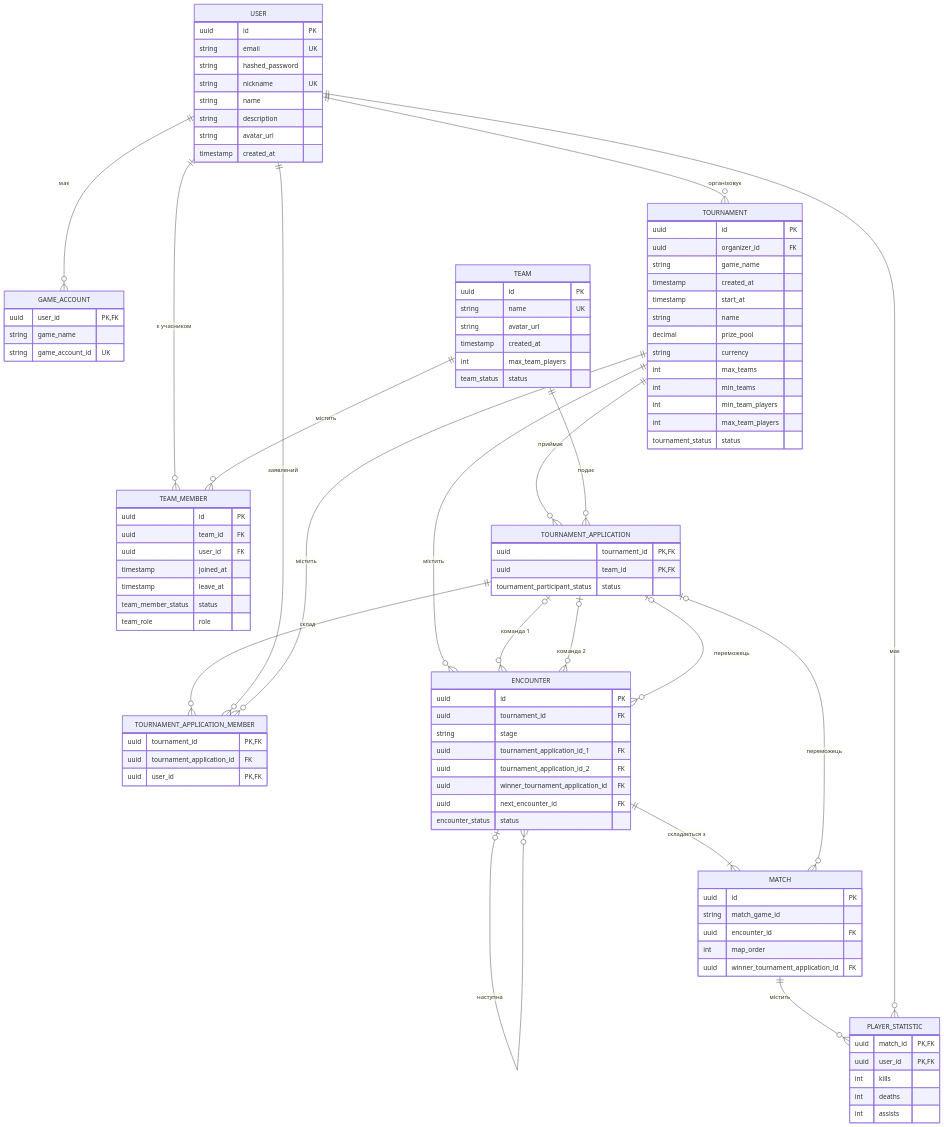
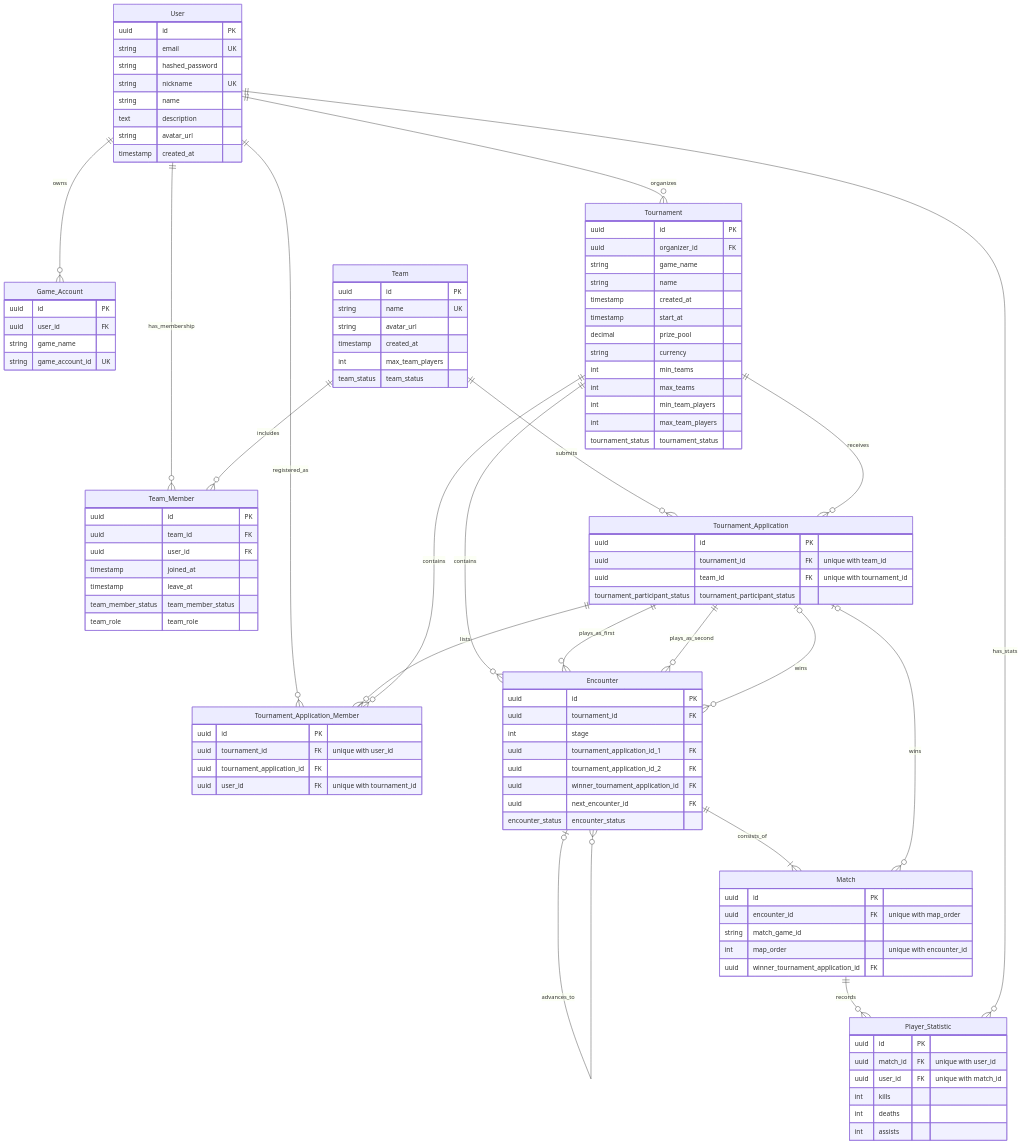
One commit to EgorBarabash/kpi2 changed the diagram in lab1/artifact/artifact.mmd. Above: the diagram before and after it, drawn with Mermaid. The commit also changed 2 other files, not shown here.

Commit message:
Prompt 2: ER diagram generation

```diff
--- a/lab1/artifact/artifact.mmd
+++ b/lab1/artifact/artifact.mmd
@@ -1,110 +1,123 @@
 erDiagram
-  USER ||--o{ GAME_ACCOUNT : "має"
-  USER ||--o{ TEAM_MEMBER : "є учасником"
-  TEAM ||--o{ TEAM_MEMBER : "містить"
-  USER ||--o{ TOURNAMENT : "організовує"
-  TOURNAMENT ||--o{ TOURNAMENT_APPLICATION : "приймає"
-  TEAM ||--o{ TOURNAMENT_APPLICATION : "подає"
-  TOURNAMENT_APPLICATION ||--o{ TOURNAMENT_APPLICATION_MEMBER : "склад"
-  USER ||--o{ TOURNAMENT_APPLICATION_MEMBER : "заявлений"
-  TOURNAMENT ||--o{ TOURNAMENT_APPLICATION_MEMBER : "містить"
-  TOURNAMENT ||--o{ ENCOUNTER : "містить"
-  TOURNAMENT_APPLICATION |o--o{ ENCOUNTER : "команда 1"
-  TOURNAMENT_APPLICATION |o--o{ ENCOUNTER : "команда 2"
-  TOURNAMENT_APPLICATION |o--o{ ENCOUNTER : "переможець"
-  ENCOUNTER |o--o{ ENCOUNTER : "наступна"
-  ENCOUNTER ||--|{ MATCH : "складається з"
-  TOURNAMENT_APPLICATION |o--o{ MATCH : "переможець"
-  MATCH ||--o{ PLAYER_STATISTIC : "містить"
-  USER ||--o{ PLAYER_STATISTIC : "має"
+    User {
+        uuid id PK
+        string email UK
+        string hashed_password
+        string nickname UK
+        string name
+        text description
+        string avatar_url
+        timestamp created_at
+    }
 
-  USER {
-    uuid id PK
-    string email UK
-    string hashed_password
-    string nickname UK
-    string name
-    string description
-    string avatar_url
-    timestamp created_at
-  }
+    Game_Account {
+        uuid id PK
+        uuid user_id FK
+        string game_name
+        string game_account_id UK
+    }
 
-  GAME_ACCOUNT {
-    uuid user_id PK,FK
-    string game_name
-    string game_account_id UK
-  }
+    Team {
+        uuid id PK
+        string name UK
+        string avatar_url
+        timestamp created_at
+        int max_team_players
+        team_status team_status
+    }
 
-  TEAM {
-    uuid id PK
-    string name UK
-    string avatar_url
-    timestamp created_at
-    int max_team_players
-    team_status status
-  }
+    Team_Member {
+        uuid id PK
+        uuid team_id FK
+        uuid user_id FK
+        timestamp joined_at
+        timestamp leave_at
+        team_member_status team_member_status
+        team_role team_role
+    }
 
-  TEAM_MEMBER {
-    uuid id PK
-    uuid team_id FK
-    uuid user_id FK
-    timestamp joined_at
-    timestamp leave_at
-    team_member_status status
-    team_role role
-  }
+    Tournament {
+        uuid id PK
+        uuid organizer_id FK
+        string game_name
+        string name
+        timestamp created_at
+        timestamp start_at
+        decimal prize_pool
+        string currency
+        int min_teams
+        int max_teams
+        int min_team_players
+        int max_team_players
+        tournament_status tournament_status
+    }
 
-  TOURNAMENT {
-    uuid id PK
-    uuid organizer_id FK
-    string game_name
-    timestamp created_at
-    timestamp start_at
-    string name
-    decimal prize_pool
-    string currency
-    int max_teams
-    int min_teams
-    int min_team_players
-    int max_team_players
-    tournament_status status
-  }
+    Tournament_Application {
+        uuid id PK
+        uuid tournament_id FK "unique with team_id"
+        uuid team_id FK "unique with tournament_id"
+        tournament_participant_status tournament_participant_status
+    }
 
-  TOURNAMENT_APPLICATION {
-    uuid tournament_id PK,FK
-    uuid team_id PK,FK
-    tournament_participant_status status
-  }
+    Tournament_Application_Member {
+        uuid id PK
+        uuid tournament_id FK "unique with user_id"
+        uuid tournament_application_id FK
+        uuid user_id FK "unique with tournament_id"
+    }
 
-  TOURNAMENT_APPLICATION_MEMBER {
-    uuid tournament_id PK,FK
-    uuid tournament_application_id FK
-    uuid user_id PK,FK
-  }
+    Encounter {
+        uuid id PK
+        uuid tournament_id FK
+        int stage
+        uuid tournament_application_id_1 FK
+        uuid tournament_application_id_2 FK
+        uuid winner_tournament_application_id FK
+        uuid next_encounter_id FK
+        encounter_status encounter_status
+    }
 
-  ENCOUNTER {
-    uuid id PK
-    uuid tournament_id FK
-    string stage
-    uuid tournament_application_id_1 FK
-    uuid tournament_application_id_2 FK
-    uuid winner_tournament_application_id FK
-    uuid next_encounter_id FK
-    encounter_status status
-  }
+    Match {
+        uuid id PK
+        uuid encounter_id FK "unique with map_order"
+        string match_game_id
+        int map_order "unique with encounter_id"
+        uuid winner_tournament_application_id FK
+    }
 
-  MATCH {
-    uuid id PK
-    string match_game_id
-    uuid encounter_id FK
-    int map_order
-    uuid winner_tournament_application_id FK
-  }
+    Player_Statistic {
+        uuid id PK
+        uuid match_id FK "unique with user_id"
+        uuid user_id FK "unique with match_id"
+        int kills
+        int deaths
+        int assists
+    }
 
-  PLAYER_STATISTIC {
-    uuid match_id PK,FK
-    uuid user_id PK,FK
-    int kills
-    int deaths
-    int assists
-  }
+    User ||--o{ Team_Member : has_membership
+    Team ||--o{ Team_Member : includes
+
+    User ||--o{ Tournament : organizes
+
+    Team ||--o{ Tournament_Application : submits
+    Tournament ||--o{ Tournament_Application : receives
+
+    User ||--o{ Tournament_Application_Member : registered_as
+    Tournament_Application ||--o{ Tournament_Application_Member : lists
+    Tournament ||--o{ Tournament_Application_Member : contains
+
+    Tournament ||--o{ Encounter : contains
+
+    Tournament_Application ||--o{ Encounter : plays_as_first
+    Tournament_Application ||--o{ Encounter : plays_as_second
+    Tournament_Application |o--o{ Encounter : wins
+
+    Encounter |o--o{ Encounter : advances_to
+
+    Encounter ||--|{ Match : consists_of
+    Tournament_Application |o--o{ Match : wins
+
+    Match ||--o{ Player_Statistic : records
+    User ||--o{ Player_Statistic : has_stats
+
+    User ||--o{ Game_Account : owns
```
